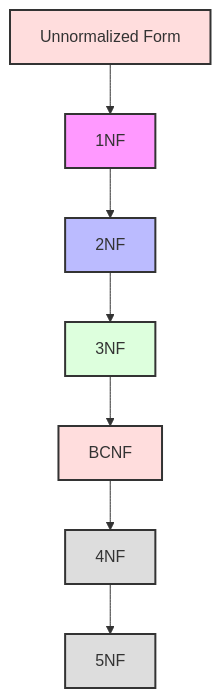
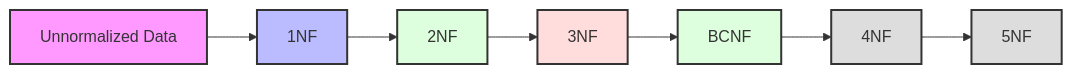
Before and after one commit to kivi98/study-buddy: the first of 5 diagrams in docs/database-systems-and-administration/normalization.md, drawn with Mermaid. The commit also changed other lines of this file and 4 other files, not shown here.

````diff
--- a/docs/database-systems-and-administration/normalization.md
+++ b/docs/database-systems-and-administration/normalization.md
@@ -50,17 +14,17 @@
 ```mermaid
-flowchart TD
-    A[Unnormalized Form] --> B[1NF]
+flowchart LR
+    A[Unnormalized Data] --> B[1NF]
     B --> C[2NF]
     C --> D[3NF]
     D --> E[BCNF]
     E --> F[4NF]
     F --> G[5NF]
     
-    style A fill:#fdd,stroke:#333,stroke-width:2px
-    style B fill:#f9f,stroke:#333,stroke-width:2px
-    style C fill:#bbf,stroke:#333,stroke-width:2px
-    style D fill:#dfd,stroke:#333,stroke-width:2px
-    style E fill:#fdd,stroke:#333,stroke-width:2px
+    style A fill:#f9f,stroke:#333,stroke-width:2px
+    style B fill:#bbf,stroke:#333,stroke-width:2px
+    style C fill:#dfd,stroke:#333,stroke-width:2px
+    style D fill:#fdd,stroke:#333,stroke-width:2px
+    style E fill:#dfd,stroke:#333,stroke-width:2px
     style F fill:#ddd,stroke:#333,stroke-width:2px
     style G fill:#ddd,stroke:#333,stroke-width:2px
 ```
````
